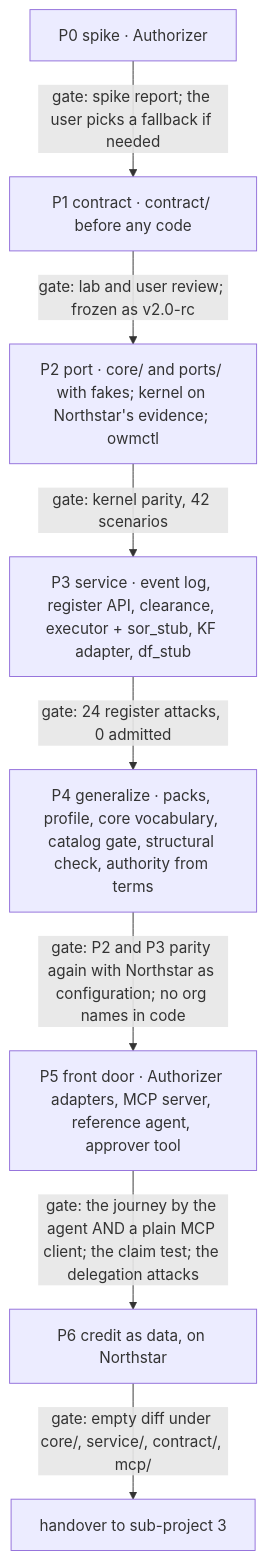
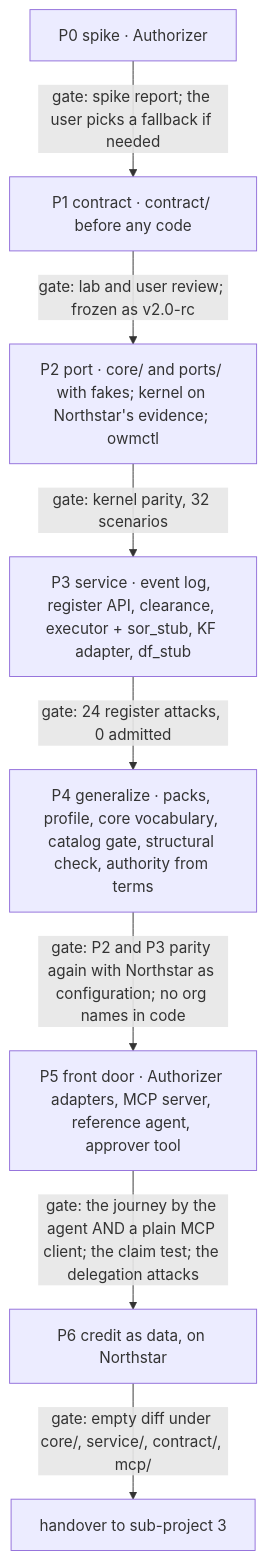
Before and after one commit to kloudtaxi/shiny-waffle: the sixth of 6 diagrams in docs/superpowers/specs/2026-10-23-prototype-core-design.md, drawn with Mermaid. The commit also changed other lines of this file and 2 other files, not shown here.

First line of the commit message:
docs: prototype core plans (builder P0-P6, lab L1-L4); spec amended

````diff
--- a/docs/superpowers/specs/2026-10-23-prototype-core-design.md
+++ b/docs/superpowers/specs/2026-10-23-prototype-core-design.md
@@ -895,10 +905,10 @@
 ```mermaid
 flowchart TD
   P0["P0 spike · Authorizer"] -->|"gate: spike report; the user picks a fallback if needed"| P1
   P1["P1 contract · contract/ before any code"] -->|"gate: lab and user review; frozen as v2.0-rc"| P2
-  P2["P2 port · core/ and ports/ with fakes; kernel on Northstar's evidence; owmctl"] -->|"gate: kernel parity, 42 scenarios"| P3
+  P2["P2 port · core/ and ports/ with fakes; kernel on Northstar's evidence; owmctl"] -->|"gate: kernel parity, 32 scenarios"| P3
   P3["P3 service · event log, register API, clearance, executor + sor_stub, KF adapter, df_stub"] -->|"gate: 24 register attacks, 0 admitted"| P4
   P4["P4 generalize · packs, profile, core vocabulary, catalog gate, structural check, authority from terms"] -->|"gate: P2 and P3 parity again with Northstar as configuration; no org names in code"| P5
   P5["P5 front door · Authorizer adapters, MCP server, reference agent, approver tool"] -->|"gate: the journey by the agent AND a plain MCP client; the claim test; the delegation attacks"| P6
   P6["P6 credit as data, on Northstar"] -->|"gate: empty diff under core/, service/, contract/, mcp/"| H["handover to sub-project 3"]
 ```
````
